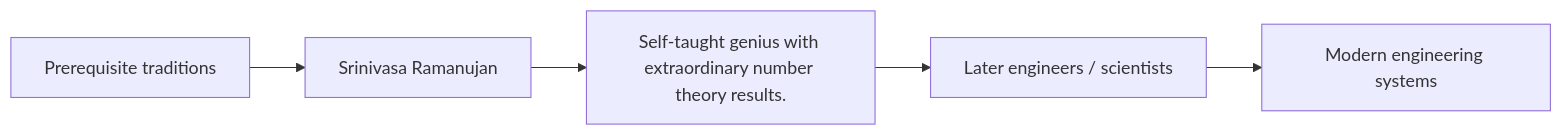
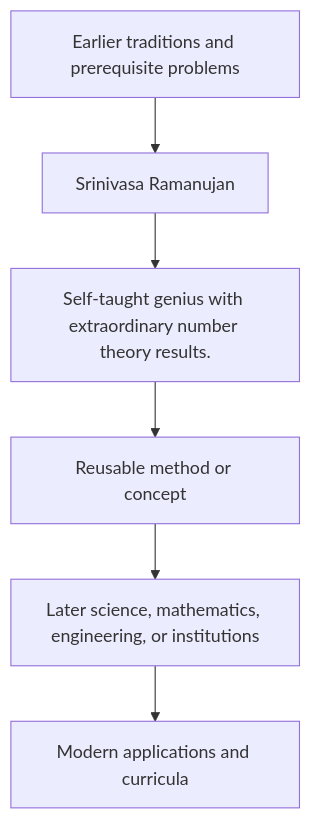
The diagram in docs/history/srinivasa-ramanujan/influence.md (via-decide/ViaLogic), drawn with Mermaid before and after one commit. The commit also changed other lines of this file and 858 other files, not shown here.

````diff
--- a/docs/history/srinivasa-ramanujan/influence.md
+++ b/docs/history/srinivasa-ramanujan/influence.md
@@ -29,7 +16,8 @@
 ```mermaid
-graph LR
-  prerequisites["Prerequisite traditions"] --> current["Srinivasa Ramanujan"]
-  current --> contribution["Self-taught genius with extraordinary number theory results."]
-  contribution --> successors["Later engineers / scientists"]
-  successors --> modern["Modern engineering systems"]
+graph TD
+  Prior[Earlier traditions and prerequisite problems] --> Person[Srinivasa Ramanujan]
+  Person --> Contribution[Self-taught genius with extraordinary number theory results.]
+  Contribution --> Method[Reusable method or concept]
+  Method --> Later[Later science, mathematics, engineering, or institutions]
+  Later --> Modern[Modern applications and curricula]
 ```
````
